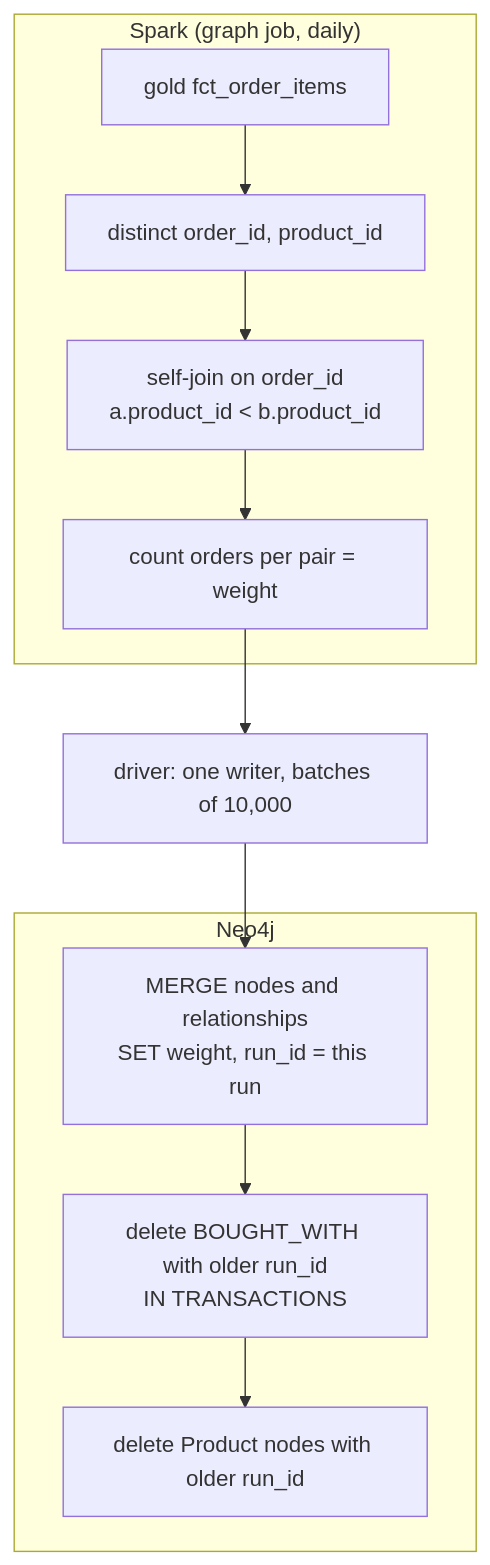
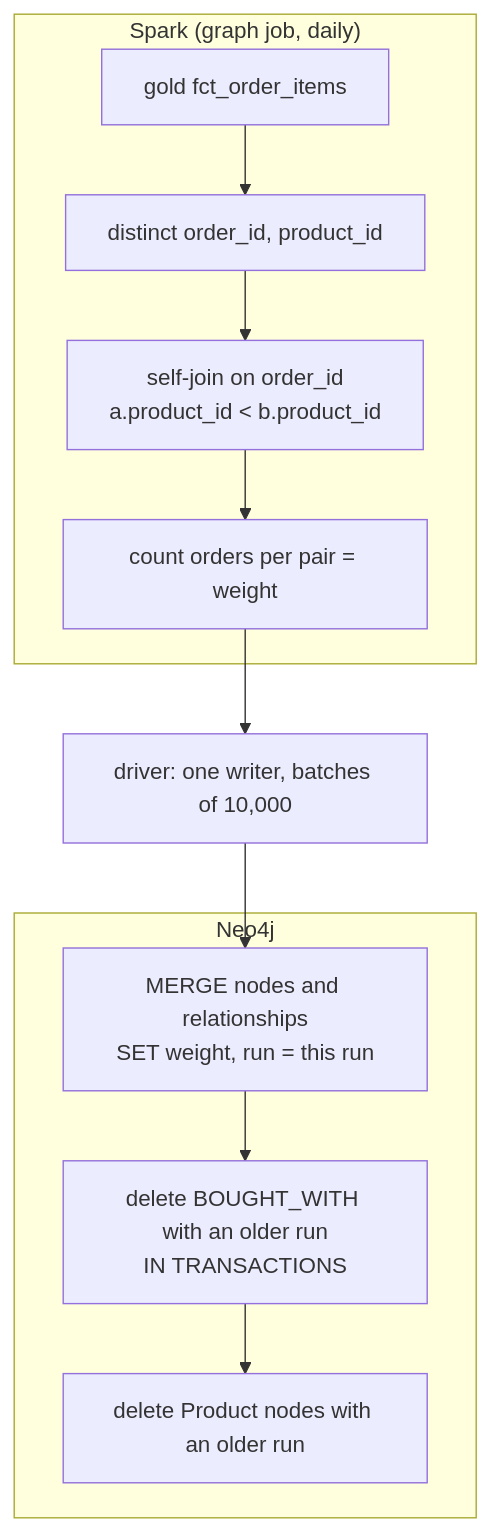
The tenth of 12 diagrams in docs/architecture.md (SouhailBourhim/TheLook_CDC_LakeHouse), drawn with Mermaid before and after one commit. The commit also changed 2 other files, not shown here.

Commit message:
docs: command reference
Every command of the project grouped by task: setup, stack lifecycle,
workload, capture (connectors, snapshots, Kafka, registry), Spark jobs
and streams, Airflow CLI, queries (Athena, psql, mongosh), serving (API,
Redis, Neo4j), monitoring, drills, tests, AWS, recovery pointers, ports.
Taken from the Makefile, script usage lines and the runbook; the shells
were run against the live stack. Linked from the README.

Also fixes diagram 9: the graph's run property is `run`, not `run_id`.

````diff
--- a/docs/architecture.md
+++ b/docs/architecture.md
@@ -516,16 +516,16 @@
 ```mermaid
 flowchart TD
   subgraph SPARK["Spark (graph job, daily)"]
     items["gold fct_order_items"] --> dist["distinct order_id, product_id"]
     dist --> join["self-join on order_id<br/>a.product_id < b.product_id"]
     join --> count["count orders per pair = weight"]
   end
   count --> collect["driver: one writer, batches of 10,000"]
   subgraph NEO["Neo4j"]
-    upsert["MERGE nodes and relationships<br/>SET weight, run_id = this run"]
-    stale_r["delete BOUGHT_WITH with older run_id<br/>IN TRANSACTIONS"]
-    stale_n["delete Product nodes with older run_id"]
+    upsert["MERGE nodes and relationships<br/>SET weight, run = this run"]
+    stale_r["delete BOUGHT_WITH with an older run<br/>IN TRANSACTIONS"]
+    stale_n["delete Product nodes with an older run"]
     upsert --> stale_r --> stale_n
   end
   collect --> upsert
 ```
````
